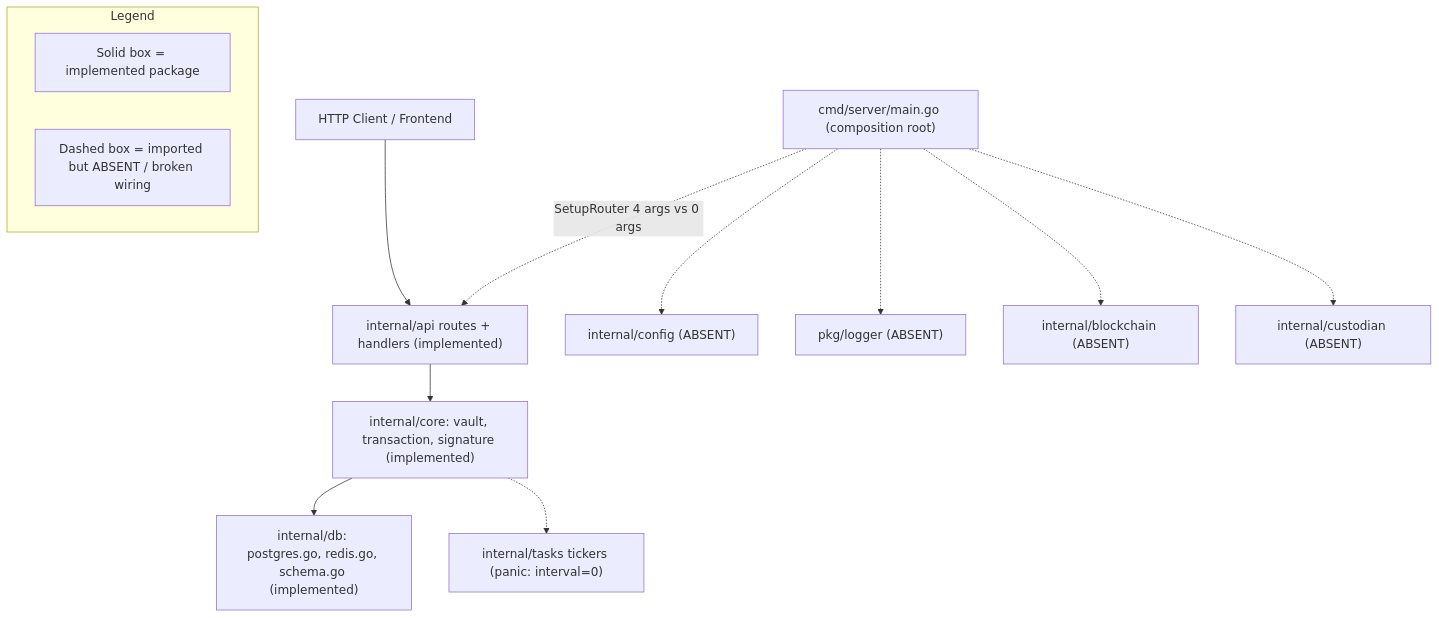
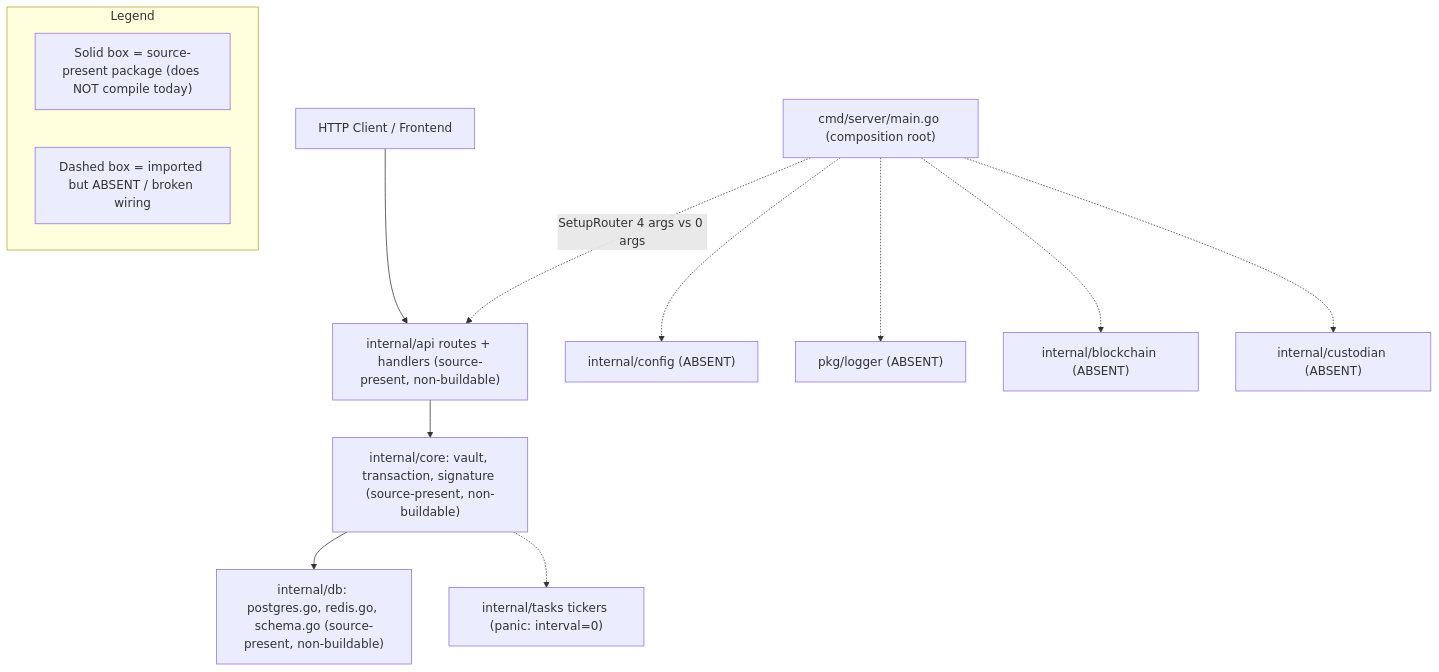
The first of 2 diagrams in docs/architecture/overview.md (blitzy-public-samples/blockchain-integration-6edhrq), drawn with Mermaid before and after one commit. The commit also changed other lines of this file and 27 other files, not shown here.

````diff
--- a/docs/architecture/overview.md
+++ b/docs/architecture/overview.md
@@ -21,17 +22,17 @@
 ```mermaid
 flowchart TD
     subgraph Legend_A1["Legend"]
-        L1["Solid box = implemented package"]
+        L1["Solid box = source-present package (does NOT compile today)"]
         L2["Dashed box = imported but ABSENT / broken wiring"]
     end
-    Client["HTTP Client / Frontend"] --> Router["internal/api routes + handlers (implemented)"]
-    Router --> Core["internal/core: vault, transaction, signature (implemented)"]
-    Core --> DB["internal/db: postgres.go, redis.go, schema.go (implemented)"]
+    Client["HTTP Client / Frontend"] --> Router["internal/api routes + handlers (source-present, non-buildable)"]
+    Router --> Core["internal/core: vault, transaction, signature (source-present, non-buildable)"]
+    Core --> DB["internal/db: postgres.go, redis.go, schema.go (source-present, non-buildable)"]
     Main["cmd/server/main.go (composition root)"] -.->|"SetupRouter 4 args vs 0 args"| Router
     Main -.-> Cfg["internal/config (ABSENT)"]
     Main -.-> Log["pkg/logger (ABSENT)"]
     Main -.-> BC["internal/blockchain (ABSENT)"]
     Main -.-> Cust["internal/custodian (ABSENT)"]
     Core -.-> Tasks["internal/tasks tickers (panic: interval=0)"]
     %% Legend explains solid vs dashed; dashed denotes wiring gaps
 ```
````
